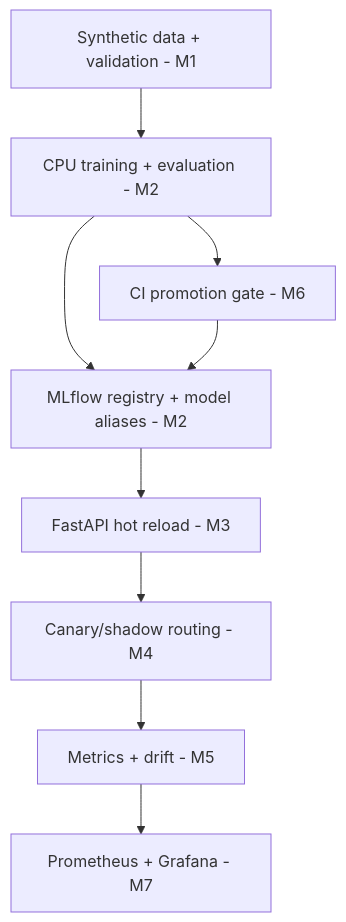
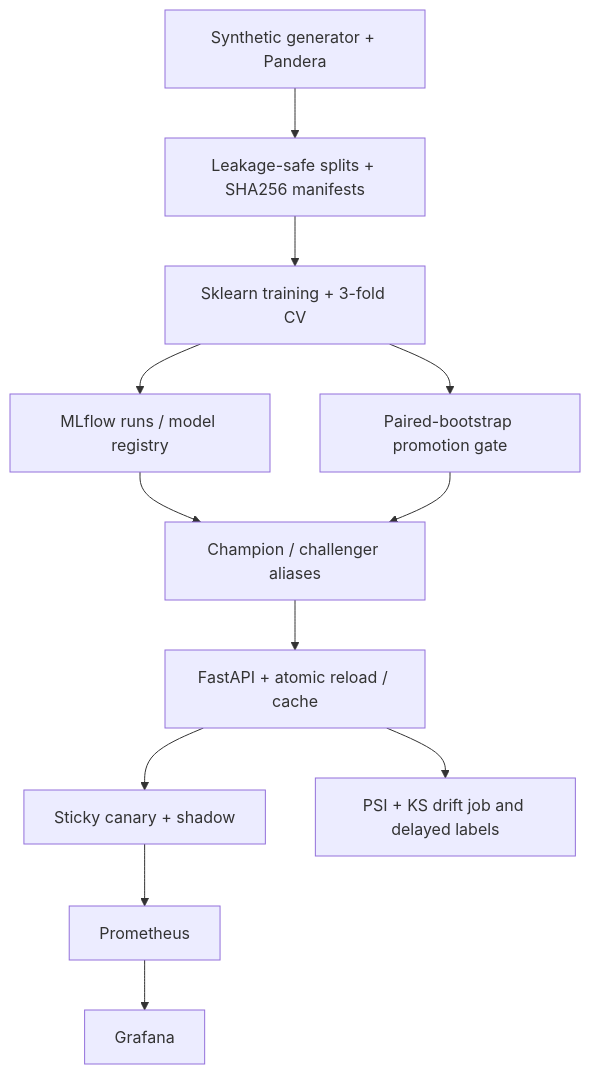
Before and after one commit to DanyVX/ml-platform-starter: the diagram in README.md, drawn with Mermaid. The commit also changed other lines of this file and 6 other files, not shown here.

Commit message:
docs: add MLOps reproducibility workflow roadmap and honest release criteria

````diff
--- a/README.md
+++ b/README.md
@@ -30,11 +29,14 @@
 ```mermaid
 flowchart TD
-  A[Synthetic data + validation - M1] --> B[CPU training + evaluation - M2]
-  B --> C[MLflow registry + model aliases - M2]
-  C --> D[FastAPI hot reload - M3]
-  D --> E[Canary/shadow routing - M4]
-  E --> F[Metrics + drift - M5]
-  F --> G[Prometheus + Grafana - M7]
-  B --> H[CI promotion gate - M6]
-  H --> C
+  DATA[Synthetic generator + Pandera] --> SPLIT[Leakage-safe splits + SHA256 manifests]
+  SPLIT --> TRAIN[Sklearn training + 3-fold CV]
+  TRAIN --> TRACK[MLflow runs / model registry]
+  TRACK --> ALIAS[Champion / challenger aliases]
+  ALIAS --> SERVE[FastAPI + atomic reload / cache]
+  SERVE --> CANARY[Sticky canary + shadow]
+  CANARY --> METRICS[Prometheus]
+  METRICS --> UI[Grafana]
+  TRAIN --> GATE[Paired-bootstrap promotion gate]
+  GATE --> ALIAS
+  SERVE --> DRIFT[PSI + KS drift job and delayed labels]
 ```
````
